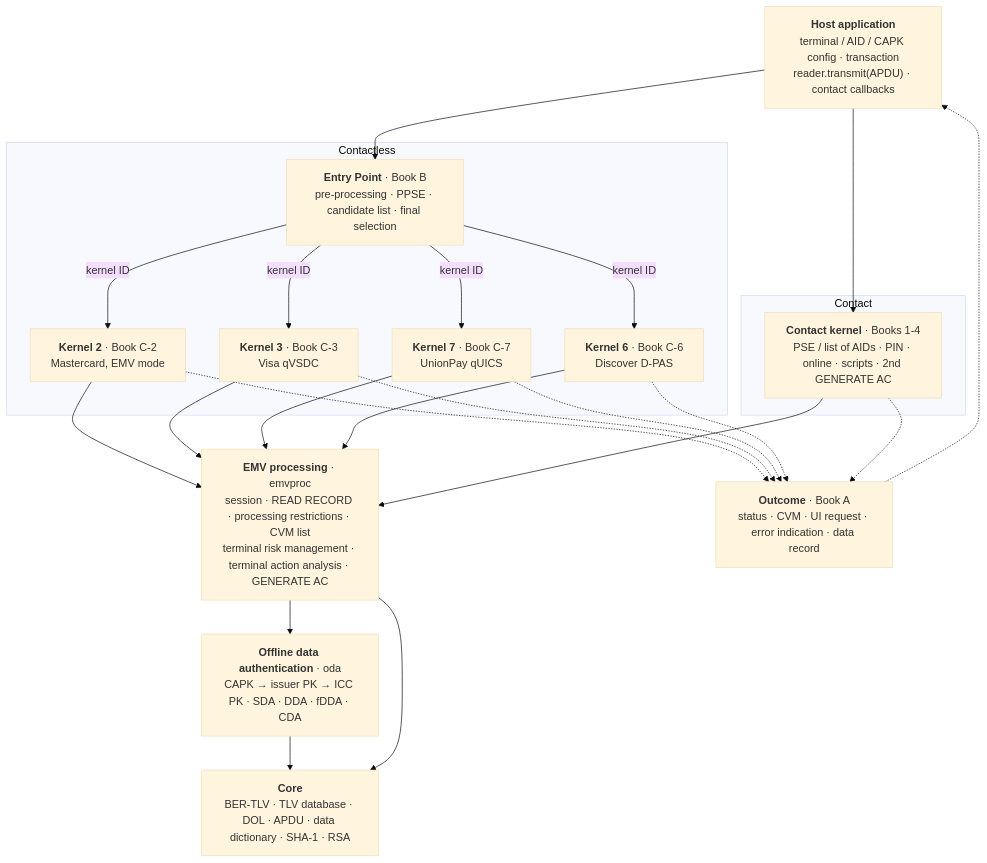
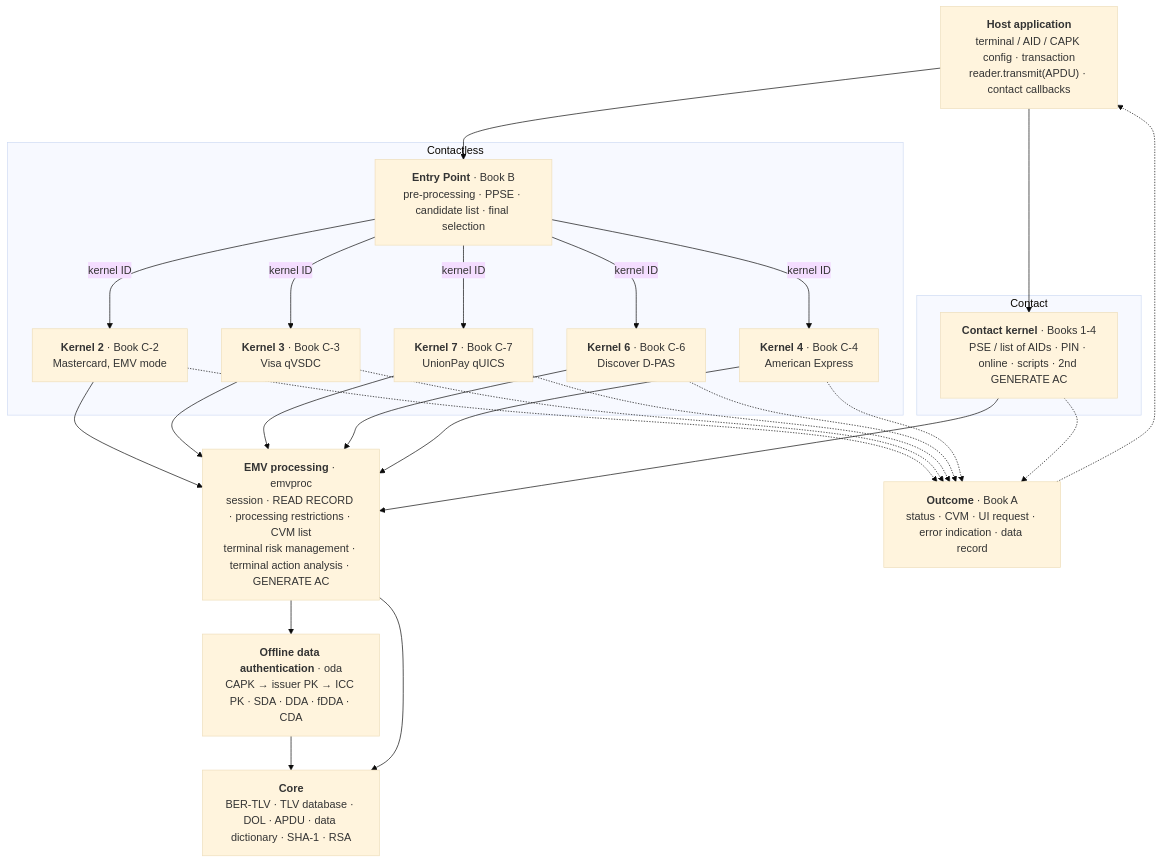
The first of 9 diagrams in README.md (xichuanxc/openpaykernel), drawn with Mermaid (base theme) before and after one commit. The commit also changed other lines of this file and 55 other files, not shown here.

````diff
--- a/README.md
+++ b/README.md
@@ -35,42 +36,46 @@
 ```mermaid
 flowchart TB
     host["<b>Host application</b><br/>terminal / AID / CAPK config · transaction<br/>reader.transmit(APDU) · contact callbacks"]
 
     subgraph CL["Contactless"]
         ep["<b>Entry Point</b> · Book B<br/>pre-processing · PPSE · candidate list · final selection"]
         k2["<b>Kernel 2</b> · Book C-2<br/>Mastercard, EMV mode"]
         k3["<b>Kernel 3</b> · Book C-3<br/>Visa qVSDC"]
         k7["<b>Kernel 7</b> · Book C-7<br/>UnionPay qUICS"]
         k6["<b>Kernel 6</b> · Book C-6<br/>Discover D-PAS"]
+        k4["<b>Kernel 4</b> · Book C-4<br/>American Express"]
     end
 
     subgraph CT["Contact"]
         ck["<b>Contact kernel</b> · Books 1-4<br/>PSE / list of AIDs · PIN · online · scripts · 2nd GENERATE AC"]
     end
 
     proc["<b>EMV processing</b> · emvproc<br/>session · READ RECORD · processing restrictions · CVM list<br/>terminal risk management · terminal action analysis · GENERATE AC"]
     oda["<b>Offline data authentication</b> · oda<br/>CAPK → issuer PK → ICC PK · SDA · DDA · fDDA · CDA"]
     core["<b>Core</b><br/>BER-TLV · TLV database · DOL · APDU · data dictionary · SHA-1 · RSA"]
     out["<b>Outcome</b> · Book A<br/>status · CVM · UI request · error indication · data record"]
 
     host --> ep
     host --> ck
     ep -- "kernel ID" --> k2
     ep -- "kernel ID" --> k3
     ep -- "kernel ID" --> k7
     ep -- "kernel ID" --> k6
+    ep -- "kernel ID" --> k4
     k2 --> proc
     k3 --> proc
     k7 --> proc
     k6 --> proc
+    k4 --> proc
     ck --> proc
     proc --> oda
     oda --> core
     proc --> core
     k2 -.-> out
     k3 -.-> out
     k7 -.-> out
     k6 -.-> out
+    k4 -.-> out
     ck -.-> out
     out -.-> host
 ```
````
